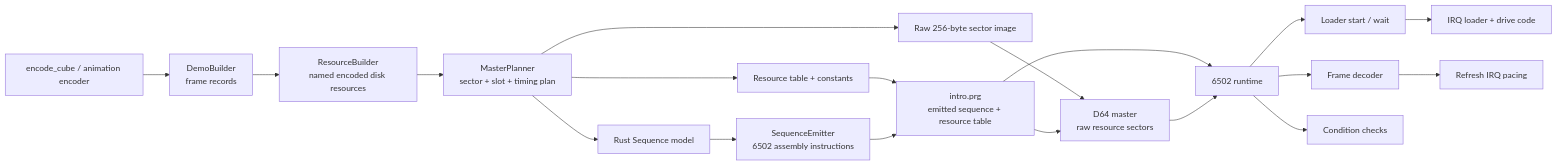
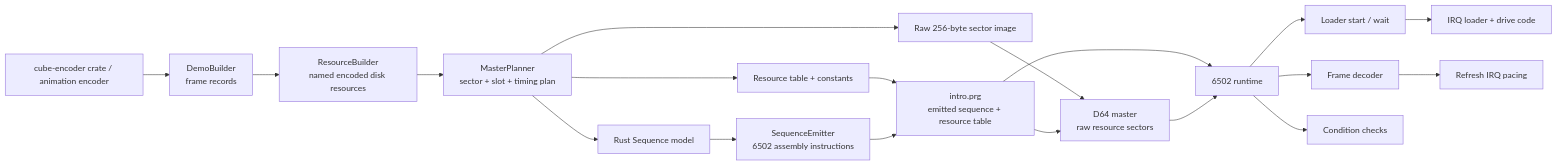
The diagram in .designs/scripted-sequence.md (jeroenbakker-atmind/c64-assembly-collection), drawn with Mermaid before and after one commit. The commit also changed other lines of this file and 8 other files, not shown here.

Commit message:
Integrate scripted sequence into intro builder

````diff
--- a/.designs/scripted-sequence.md
+++ b/.designs/scripted-sequence.md
@@ -135,23 +137,23 @@
 ```mermaid
 flowchart LR
-    A[encode_cube / animation encoder] --> B[DemoBuilder<br/>frame records]
+    A[cube-encoder crate / animation encoder] --> B[DemoBuilder<br/>frame records]
     B --> C[ResourceBuilder<br/>named encoded disk resources]
     C --> D[MasterPlanner<br/>sector + slot + timing plan]
     D --> E[Resource table + constants]
     D --> F[Raw 256-byte sector image]
     D --> S[Rust Sequence model]
     S --> T[SequenceEmitter<br/>6502 assembly instructions]
 
     E --> G[intro.prg<br/>emitted sequence + resource table]
     T --> G
     F --> H[D64 master<br/>raw resource sectors]
     G --> H
 
     G --> I[6502 runtime]
     H --> I
     I --> J[Loader start / wait]
     I --> K[Frame decoder]
     I --> L[Condition checks]
     K --> M[Refresh IRQ pacing]
     J --> N[IRQ loader + drive code]
 ```
````
